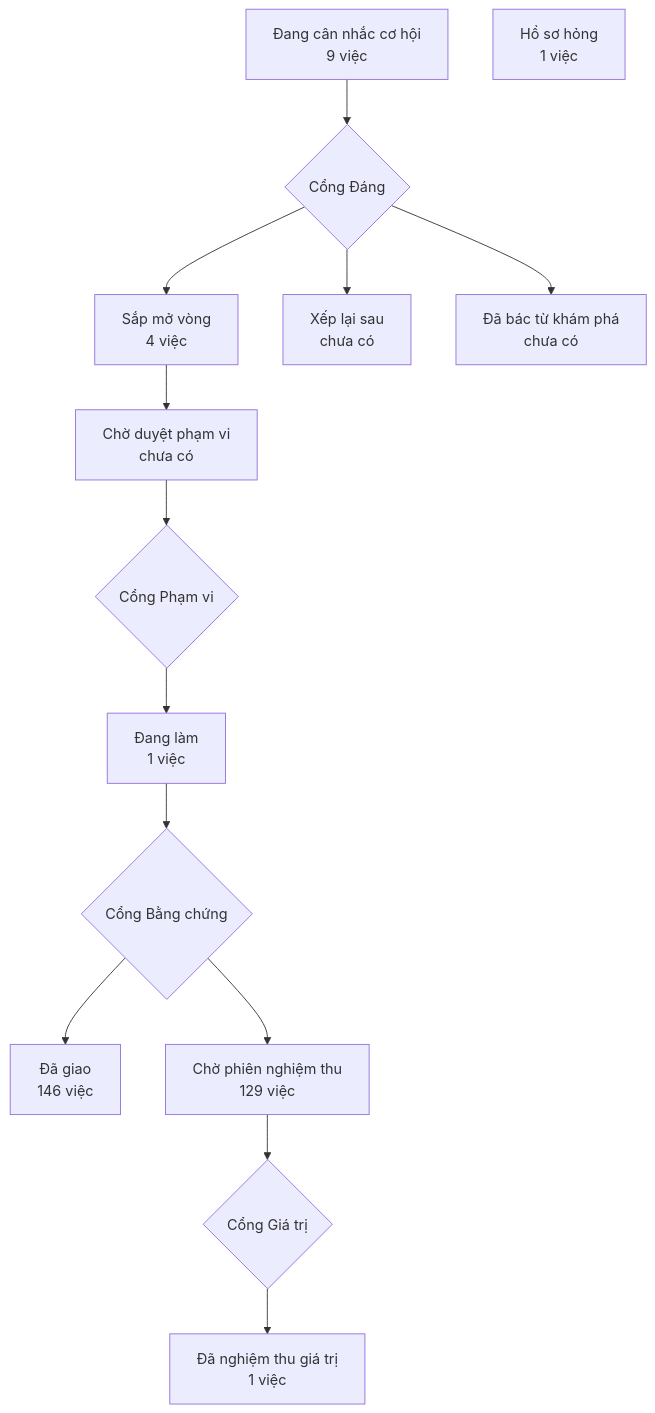
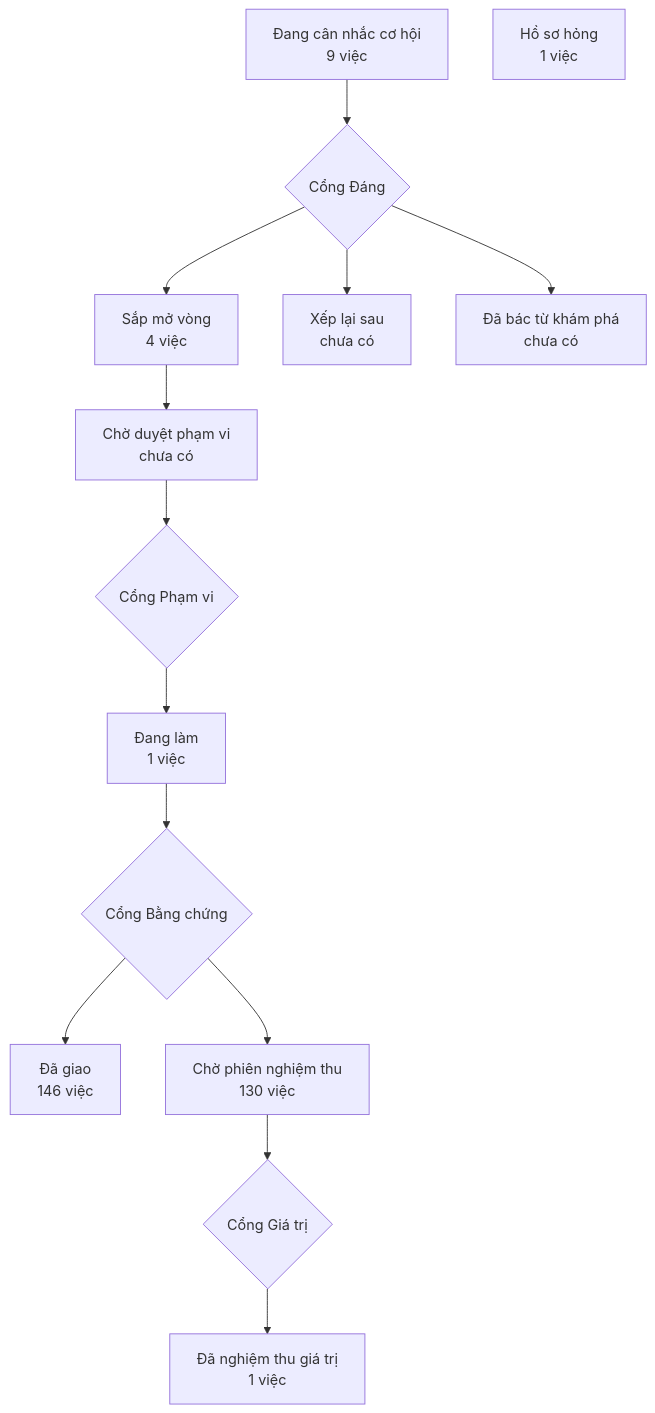
The diagram in PRODUCT-MAP.md (phanlemanh/crm-onehub), drawn with Mermaid before and after one commit. The commit also changed 1 other file, not shown here.

Commit message:
chore(bo-cuc-hep-ngan-va-kanban): vẽ lại bản đồ sau gộp onehub 5ac01b453

````diff
--- a/PRODUCT-MAP.md
+++ b/PRODUCT-MAP.md
@@ -7,13 +7,13 @@
 ```mermaid
 flowchart TD
   A["Đang cân nhắc cơ hội<br/>9 việc"] --> GD{"Cổng Đáng"}
   GD --> B["Sắp mở vòng<br/>4 việc"]
   GD --> XL["Xếp lại sau<br/>chưa có"]
   GD --> DB["Đã bác từ khám phá<br/>chưa có"]
   B --> CD["Chờ duyệt phạm vi<br/>chưa có"] --> GP{"Cổng Phạm vi"}
   GP --> DL["Đang làm<br/>1 việc"] --> GB{"Cổng Bằng chứng"}
   GB --> DG["Đã giao<br/>146 việc"]
-  GB --> CN["Chờ phiên nghiệm thu<br/>129 việc"] --> GG{"Cổng Giá trị"}
+  GB --> CN["Chờ phiên nghiệm thu<br/>130 việc"] --> GG{"Cổng Giá trị"}
   GG --> NT["Đã nghiệm thu giá trị<br/>1 việc"]
   HS["Hồ sơ hỏng<br/>1 việc"]
 ```
````
